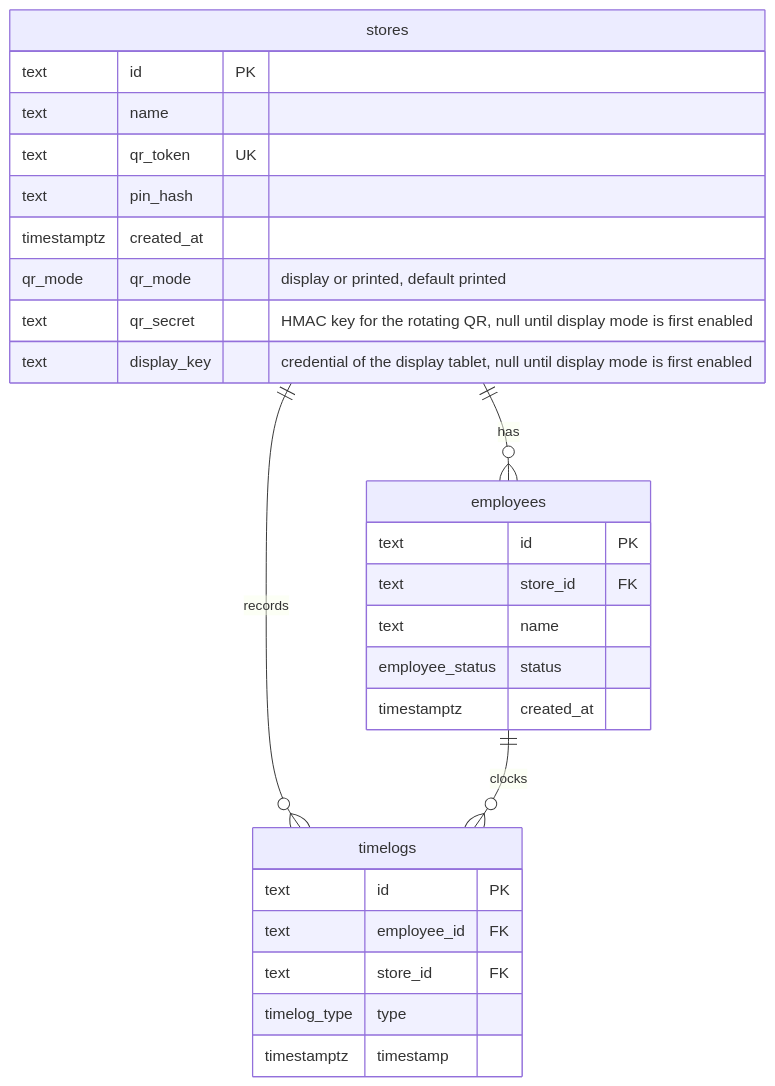
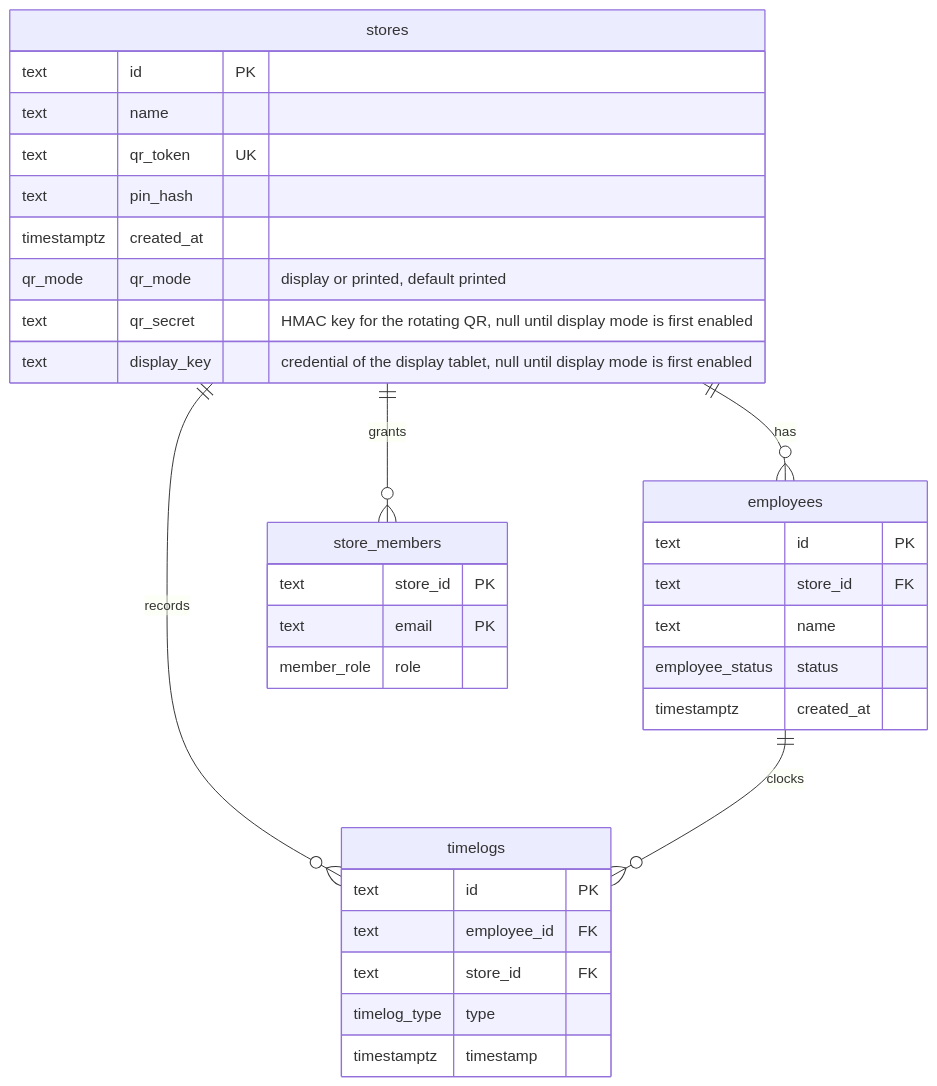
One commit to alexh0810/qr-shift changed the second of 2 diagrams in docs/architecture.md. Above: the diagram before and after it, drawn with Mermaid. The commit also changed other lines of this file and 11 other files, not shown here.

First line of the commit message:
Add store_members table and assign-owner script (#20)

````diff
--- a/docs/architecture.md
+++ b/docs/architecture.md
@@ -39,30 +39,36 @@
 ```mermaid
 erDiagram
   stores ||--o{ employees : has
   stores ||--o{ timelogs : records
   employees ||--o{ timelogs : clocks
+  stores ||--o{ store_members : grants
   stores {
     text id PK
     text name
     text qr_token UK
     text pin_hash
     timestamptz created_at
     qr_mode qr_mode "display or printed, default printed"
     text qr_secret "HMAC key for the rotating QR, null until display mode is first enabled"
     text display_key "credential of the display tablet, null until display mode is first enabled"
   }
   employees {
     text id PK
     text store_id FK
     text name
     employee_status status
     timestamptz created_at
   }
   timelogs {
     text id PK
     text employee_id FK
     text store_id FK
     timelog_type type
     timestamptz timestamp
   }
+  store_members {
+    text store_id PK
+    text email PK
+    member_role role
+  }
 ```
````
